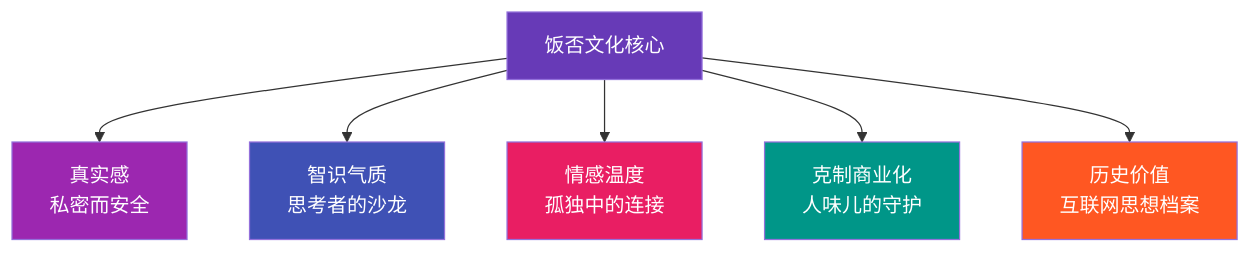
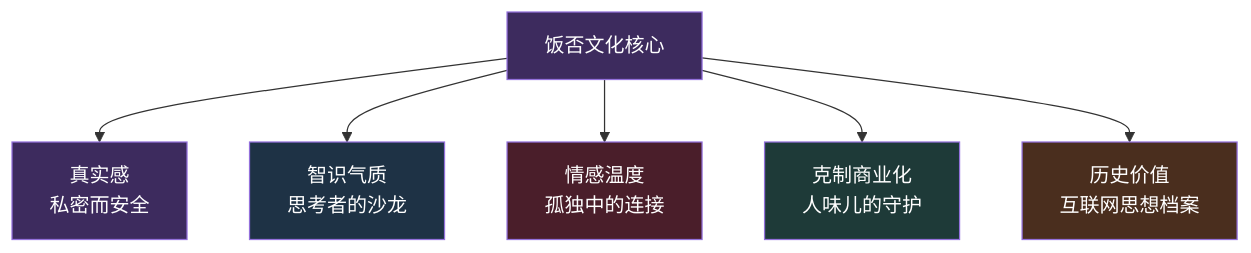
Before and after one commit to qinwenshi/wiki: the fourth of 4 diagrams in content/knowledge/饭否文化与社区.md, drawn with Mermaid. The commit also changed other lines of this file and 13 other files, not shown here.

First line of the commit message:
Fix Mermaid theme: Catppuccin dark palette for all diagram types

````diff
--- a/content/knowledge/饭否文化与社区.md
+++ b/content/knowledge/饭否文化与社区.md
@@ -188,15 +188,15 @@
 ```mermaid
 graph TD
     A[饭否文化核心] --> B[真实感<br/>私密而安全]
     A --> C[智识气质<br/>思考者的沙龙]
     A --> D[情感温度<br/>孤独中的连接]
     A --> E[克制商业化<br/>人味儿的守护]
     A --> F[历史价值<br/>互联网思想档案]
     
-    style A fill:#673AB7,color:#fff
-    style B fill:#9C27B0,color:#fff
-    style C fill:#3F51B5,color:#fff
-    style D fill:#E91E63,color:#fff
-    style E fill:#009688,color:#fff
-    style F fill:#FF5722,color:#fff
+    style A fill:#3d2b5e,color:#fff
+    style B fill:#3d2b5e,color:#fff
+    style C fill:#1e3245,color:#fff
+    style D fill:#4a1e2a,color:#fff
+    style E fill:#1e3a38,color:#fff
+    style F fill:#4a2e1e,color:#fff
 ```
````
